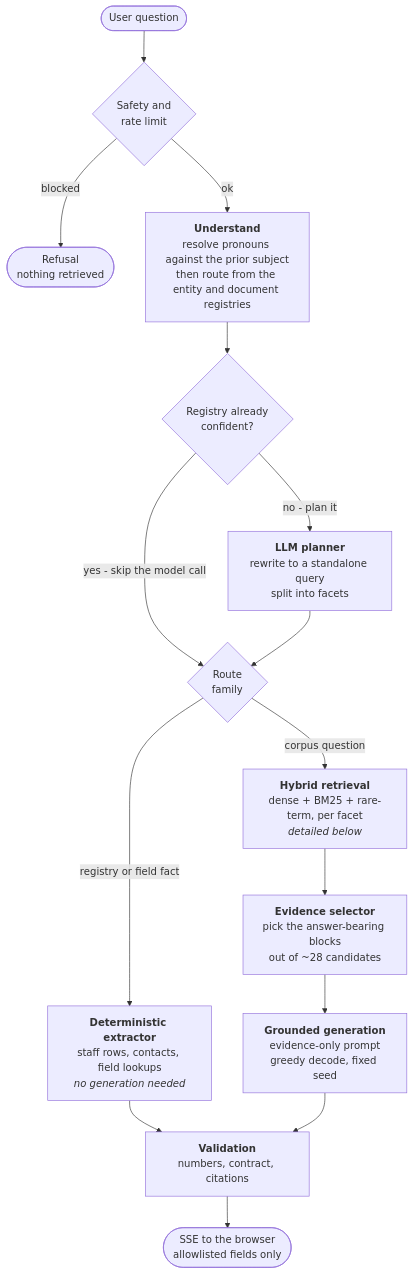
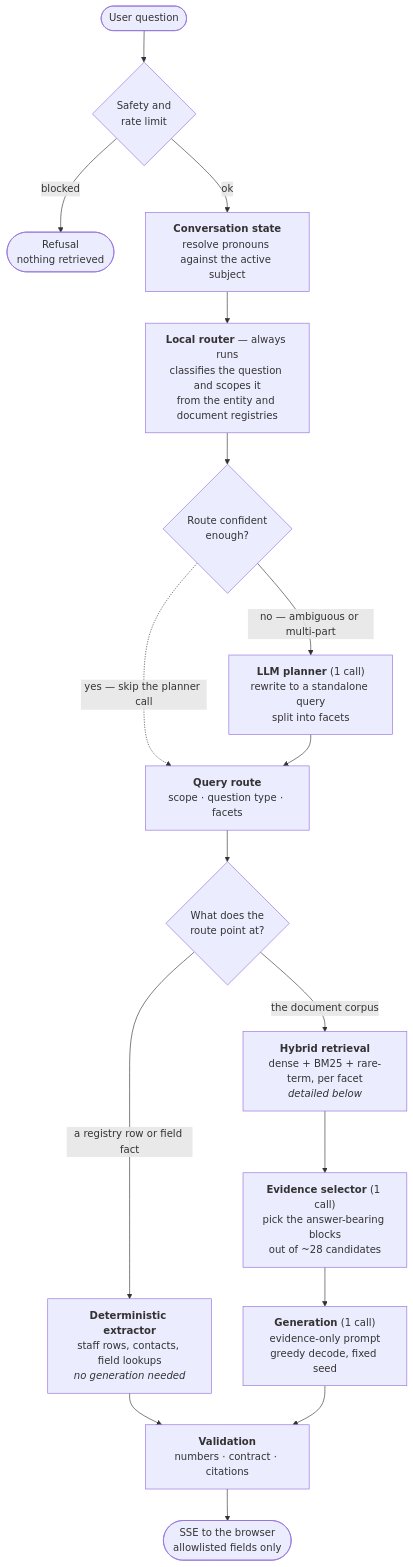
One commit to DavidL72Code/Sustainable-Labs-ChatBot changed the second of 3 diagrams in README.md. Above: the diagram before and after it, drawn with Mermaid. The commit also changed other lines of this file and 1 other file, not shown here.

First line of the commit message:
Fix the routing explanation and move deployment out of the README

````diff
--- a/README.md
+++ b/README.md
@@ -66,21 +68,23 @@
 ```mermaid
 flowchart TB
     Q(["User question"]) --> G{"Safety and<br/>rate limit"}
     G -->|blocked| X(["Refusal<br/>nothing retrieved"])
-    G -->|ok| U["<b>Understand</b><br/>resolve pronouns against the prior subject<br/>then route from the entity and document registries"]
-    U --> C{"Registry already<br/>confident?"}
+    G -->|ok| ST["<b>Conversation state</b><br/>resolve pronouns against the active subject"]
+    ST --> LR["<b>Local router</b> — always runs<br/>classifies the question and scopes it<br/>from the entity and document registries"]
 
-    C -->|"no - plan it"| PL["<b>LLM planner</b><br/>rewrite to a standalone query<br/>split into facets"]
-    C -->|"yes - skip the model call"| F{"Route<br/>family"}
-    PL --> F
+    LR --> GATE{"Route confident<br/>enough?"}
+    GATE -.->|"yes — skip the planner call"| ROUTE["<b>Query route</b><br/>scope · question type · facets"]
+    GATE -->|"no — ambiguous or multi-part"| PL["<b>LLM planner</b> (1 call)<br/>rewrite to a standalone query<br/>split into facets"]
+    PL --> ROUTE
 
-    F -->|"registry or field fact"| EX["<b>Deterministic extractor</b><br/>staff rows, contacts, field lookups<br/><i>no generation needed</i>"]
-    F -->|"corpus question"| RET["<b>Hybrid retrieval</b><br/>dense + BM25 + rare-term, per facet<br/><i>detailed below</i>"]
+    ROUTE --> F{"What does the<br/>route point at?"}
+    F -->|"a registry row or field fact"| EX["<b>Deterministic extractor</b><br/>staff rows, contacts, field lookups<br/><i>no generation needed</i>"]
+    F -->|"the document corpus"| RET["<b>Hybrid retrieval</b><br/>dense + BM25 + rare-term, per facet<br/><i>detailed below</i>"]
 
-    RET --> SEL["<b>Evidence selector</b><br/>pick the answer-bearing blocks<br/>out of ~28 candidates"]
-    SEL --> GEN["<b>Grounded generation</b><br/>evidence-only prompt<br/>greedy decode, fixed seed"]
+    RET --> SEL["<b>Evidence selector</b> (1 call)<br/>pick the answer-bearing blocks<br/>out of ~28 candidates"]
+    SEL --> GEN["<b>Generation</b> (1 call)<br/>evidence-only prompt<br/>greedy decode, fixed seed"]
 
-    EX --> VAL["<b>Validation</b><br/>numbers, contract, citations"]
+    EX --> VAL["<b>Validation</b><br/>numbers · contract · citations"]
     GEN --> VAL
     VAL --> OUT(["SSE to the browser<br/>allowlisted fields only"])
 ```
````
